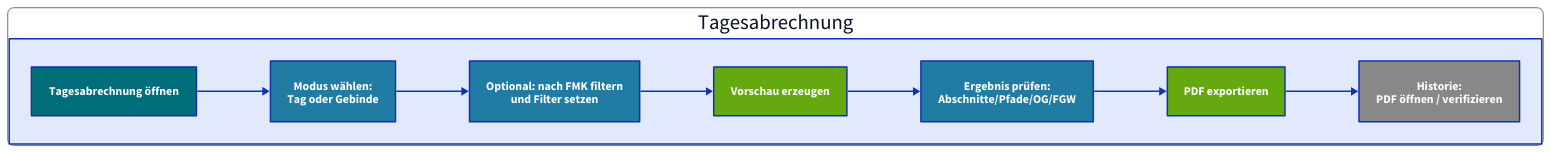
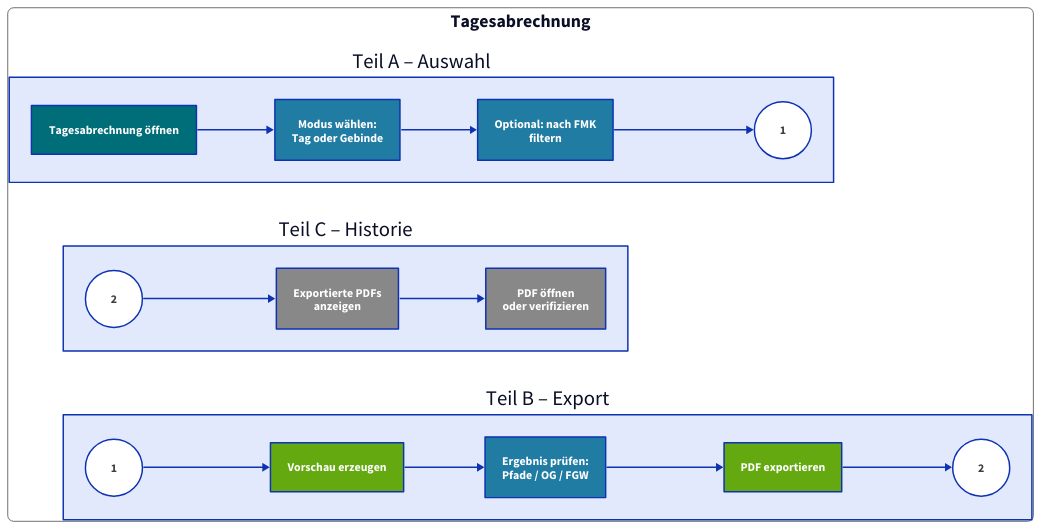
The diagram in docs/diagrams-src/reports-flow.d2 (Ph0non/fmb-log-docs), drawn with D2 before and after one commit. The commit also changed 186 other files, not shown here.

```diff
--- a/docs/diagrams-src/reports-flow.d2
+++ b/docs/diagrams-src/reports-flow.d2
@@ -1,50 +1,103 @@
 direction: right
 
 style: {
   stroke: "#3d3e3d"
   stroke-width: 1
-  font-size: 24
+  font-size: 22
   border-radius: 8
 }
 
-flow: {
+title: "Tagesabrechnung" {
+  near: top-center
+  shape: text
+  style.font-size: 24
+  style.bold: true
+}
+
+# Teil A: Auswahl
+select: {
   direction: down
-  label: "Tagesabrechnung"
+  label: "Teil A – Auswahl"
 
   open: "Tagesabrechnung öffnen" {
     style.fill: "#006e78"
     style.font-color: "#ffffff"
   }
 
   mode: "Modus wählen:\nTag oder Gebinde" {
     style.fill: "#217ca3"
     style.font-color: "#ffffff"
   }
 
-  filter: "Optional: nach FMK filtern\nund Filter setzen" {
+  filter: "Optional: nach FMK\nfiltern" {
     style.fill: "#217ca3"
     style.font-color: "#ffffff"
+  }
+
+  cont_a: "1" {
+    shape: circle
+    style.fill: "#ffffff"
+    style.font-color: "#3d3e3d"
+  }
+
+  open -> mode -> filter -> cont_a
+}
+
+# Teil B: Export
+export: {
+  direction: down
+  label: "Teil B – Export"
+
+  cont_b: "1" {
+    shape: circle
+    style.fill: "#ffffff"
+    style.font-color: "#3d3e3d"
   }
 
   preview: "Vorschau erzeugen" {
     style.fill: "#63a90f"
     style.font-color: "#ffffff"
   }
 
-  check: "Ergebnis prüfen:\nAbschnitte/Pfade/OG/FGW" {
+  check: "Ergebnis prüfen:\nPfade / OG / FGW" {
     style.fill: "#217ca3"
     style.font-color: "#ffffff"
   }
 
-  export: "PDF exportieren" {
+  pdf: "PDF exportieren" {
     style.fill: "#63a90f"
     style.font-color: "#ffffff"
   }
 
-  history: "Historie:\nPDF öffnen / verifizieren" {
+  cont_c: "2" {
+    shape: circle
+    style.fill: "#ffffff"
+    style.font-color: "#3d3e3d"
+  }
+
+  cont_b -> preview -> check -> pdf -> cont_c
+}
+
+# Teil C: Historie
+history: {
+  direction: down
+  label: "Teil C – Historie"
+
+  cont_d: "2" {
+    shape: circle
+    style.fill: "#ffffff"
+    style.font-color: "#3d3e3d"
+  }
+
+  list: "Exportierte PDFs\nanzeigen" {
     style.fill: "#888888"
     style.font-color: "#ffffff"
   }
 
-  open -> mode -> filter -> preview -> check -> export -> history
+  verify: "PDF öffnen\noder verifizieren" {
+    style.fill: "#888888"
+    style.font-color: "#ffffff"
+  }
+
+  cont_d -> list -> verify
 }
```
